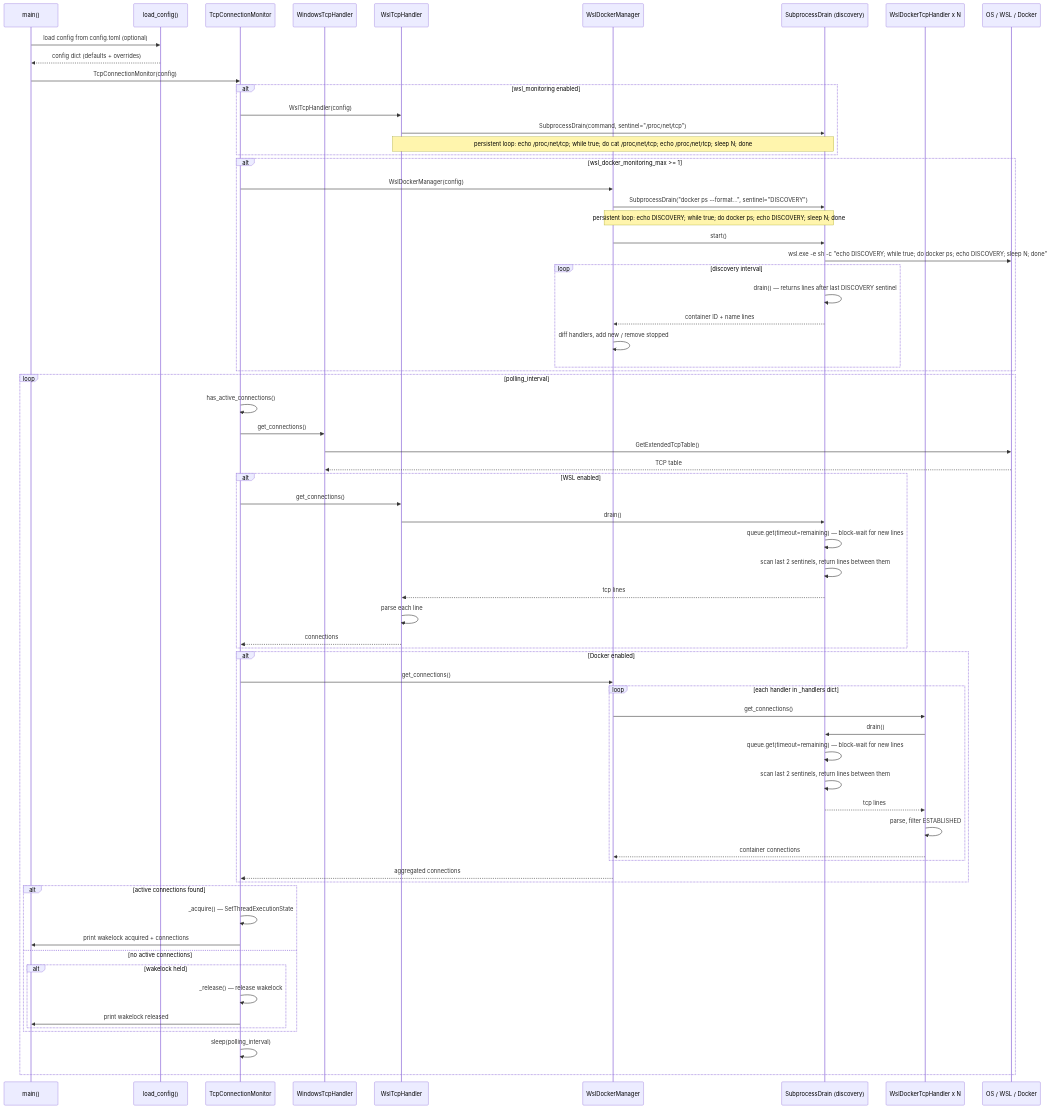
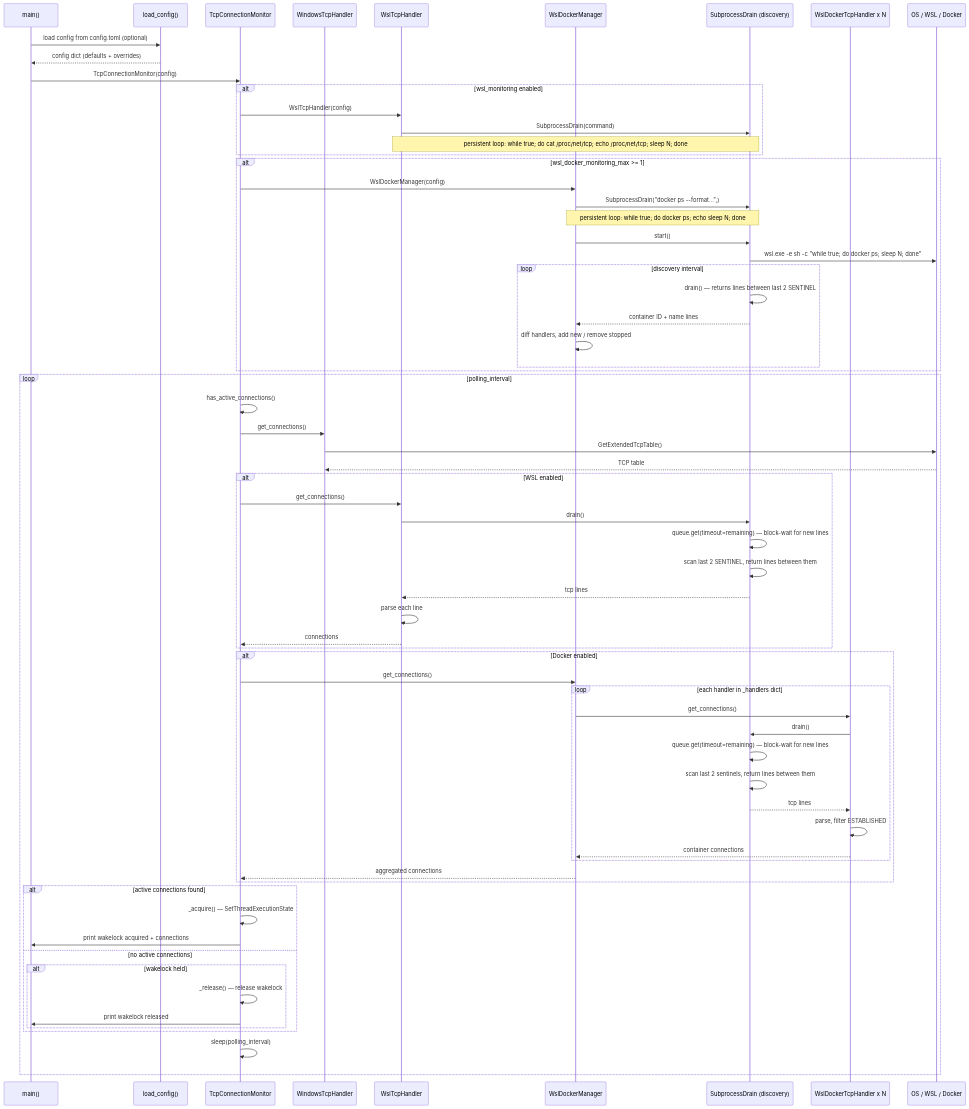
One commit to JonathanKChang/llm_wakelock_windows changed the first of 3 diagrams in docs/sequence-diagram.md. Above: the diagram before and after it, drawn with Mermaid. The commit also changed other lines of this file and 4 other files, not shown here.

````diff
--- a/docs/sequence-diagram.md
+++ b/docs/sequence-diagram.md
@@ -5,78 +5,78 @@
 ```mermaid
 sequenceDiagram
     participant M as main()
     participant LC as load_config()
     participant TC as TcpConnectionMonitor
     participant WH as WindowsTcpHandler
     participant WSH as WslTcpHandler
     participant WD as WslDockerManager
     participant DD as SubprocessDrain (discovery)
     participant WDC as WslDockerTcpHandler x N
     participant OS as OS / WSL / Docker
 
     M->>LC: load config from config.toml (optional)
     LC-->>M: config dict (defaults + overrides)
     M->>TC: TcpConnectionMonitor(config)
 
     alt wsl_monitoring enabled
         TC->>WSH: WslTcpHandler(config)
-        WSH->>DD: SubprocessDrain(command, sentinel="/proc/net/tcp")
-        Note over WSH,DD: persistent loop: echo /proc/net/tcp#59; while true#59; do cat /proc/net/tcp#59; echo /proc/net/tcp#59; sleep N#59; done
+        WSH->>DD: SubprocessDrain(command)
+        Note over WSH,DD: persistent loop: while true#59; do cat /proc/net/tcp#59; echo /proc/net/tcp#59; sleep N#59; done
     end
 
     alt wsl_docker_monitoring_max >= 1
         TC->>WD: WslDockerManager(config)
-        WD->>DD: SubprocessDrain("docker ps --format...", sentinel="DISCOVERY")
-        Note over WD,DD: persistent loop: echo DISCOVERY#59; while true#59; do docker ps#59; echo DISCOVERY#59; sleep N#59; done
+        WD->>DD: SubprocessDrain("docker ps --format...",)
+        Note over WD,DD: persistent loop: while true#59; do docker ps#59; echo sleep N#59; done
         WD->>DD: start()
-        DD->>OS: wsl.exe -e sh -c "echo DISCOVERY#59; while true#59; do docker ps#59; echo DISCOVERY#59; sleep N#59; done"
+        DD->>OS: wsl.exe -e sh -c "while true#59; do docker ps#59; sleep N#59; done"
         loop discovery interval
-            DD->>DD: drain() — returns lines after last DISCOVERY sentinel
+            DD->>DD: drain() — returns lines between last 2 SENTINEL
             DD-->>WD: container ID + name lines
             WD->>WD: diff handlers, add new / remove stopped
         end
     end
 
     loop polling_interval
         TC->>TC: has_active_connections()
         TC->>WH: get_connections()
         WH->>OS: GetExtendedTcpTable()
         OS-->>WH: TCP table
 
         alt WSL enabled
             TC->>WSH: get_connections()
             WSH->>DD: drain()
             DD->>DD: queue.get(timeout=remaining) — block-wait for new lines
-            DD->>DD: scan last 2 sentinels, return lines between them
+            DD->>DD: scan last 2 SENTINEL, return lines between them
             DD-->>WSH: tcp lines
             WSH->>WSH: parse each line
             WSH-->>TC: connections
         end
 
         alt Docker enabled
             TC->>WD: get_connections()
             loop each handler in _handlers dict
                 WD->>WDC: get_connections()
                 WDC->>DD: drain()
                 DD->>DD: queue.get(timeout=remaining) — block-wait for new lines
                 DD->>DD: scan last 2 sentinels, return lines between them
                 DD-->>WDC: tcp lines
                 WDC->>WDC: parse, filter ESTABLISHED
                 WDC-->>WD: container connections
             end
             WD-->>TC: aggregated connections
         end
 
         alt active connections found
             TC->>TC: _acquire() — SetThreadExecutionState
             TC->>M: print wakelock acquired + connections
         else no active connections
             alt wakelock held
                 TC->>TC: _release() — release wakelock
                 TC->>M: print wakelock released
             end
         end
 
         TC->>TC: sleep(polling_interval)
     end
 ```
````
